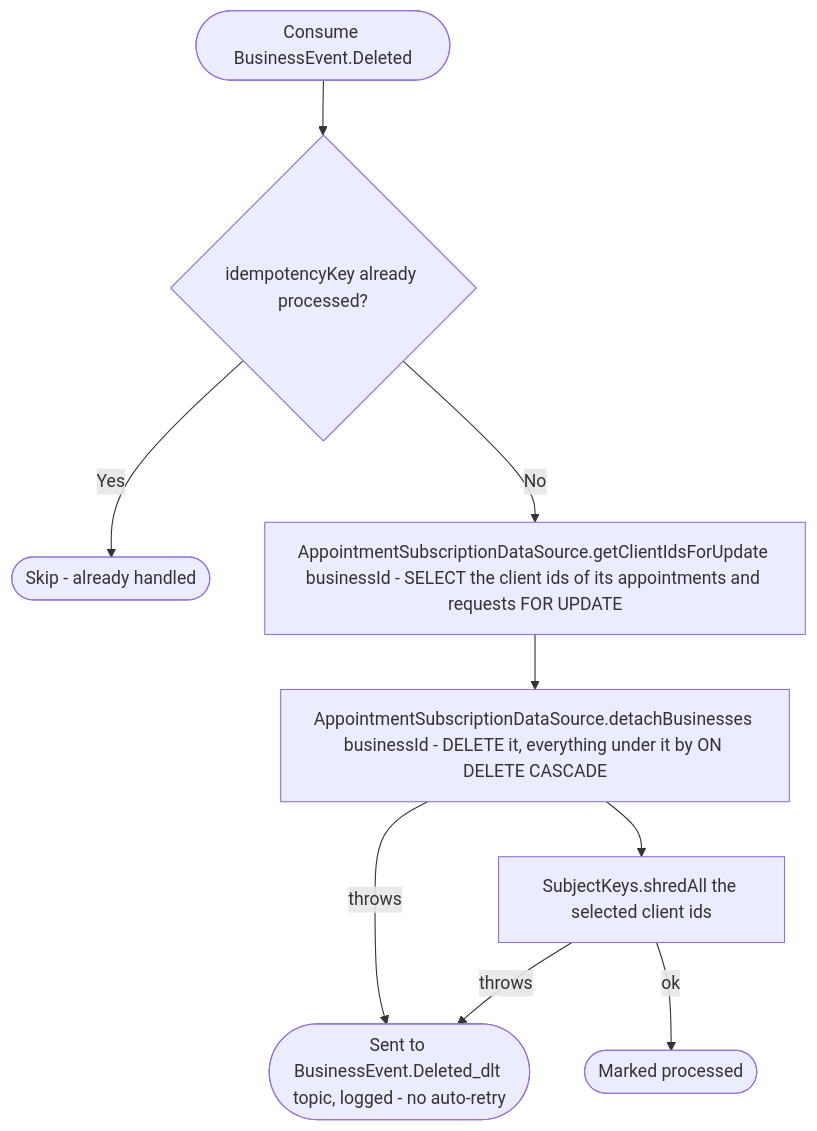
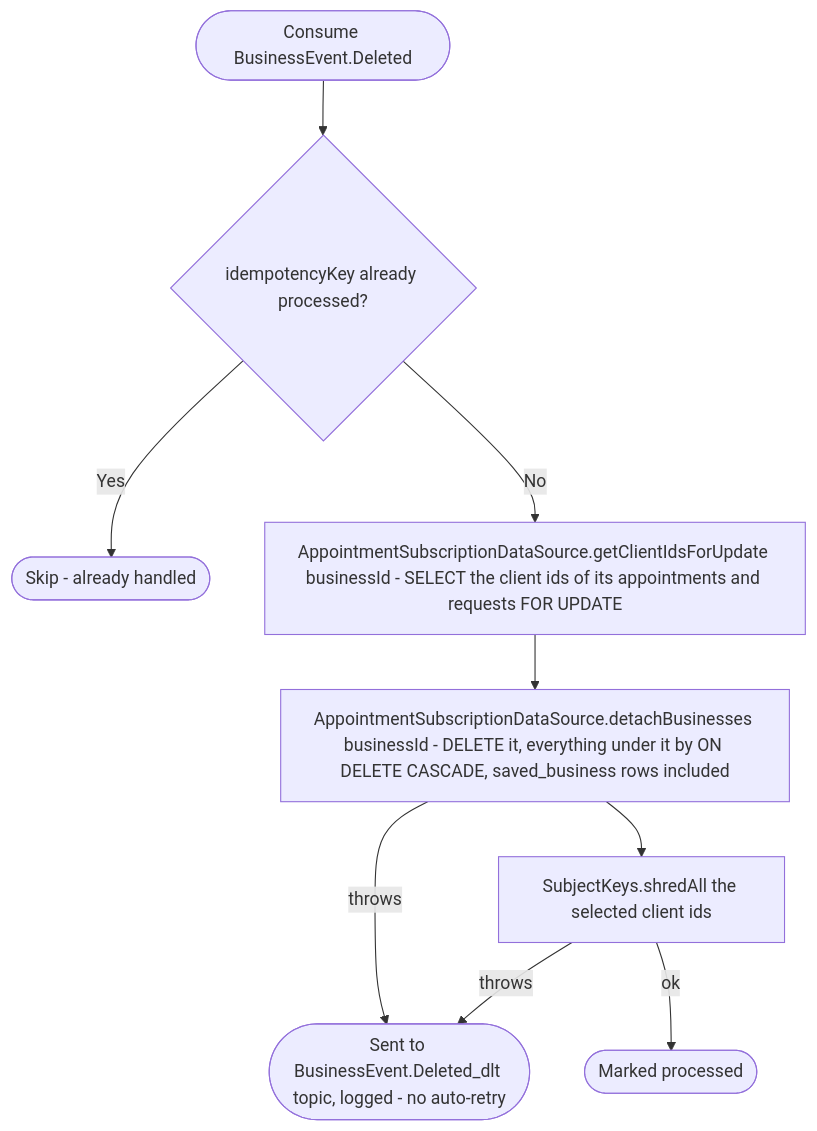
The diagram in docs/operations/appointments/on-business-deleted.md (nocturneproperties/bookkme), drawn with Mermaid before and after one commit. The commit also changed 89 other files, not shown here.

````diff
--- a/docs/operations/appointments/on-business-deleted.md
+++ b/docs/operations/appointments/on-business-deleted.md
@@ -18,11 +18,11 @@
 ```mermaid
 flowchart TD
     Start([Consume BusinessEvent.Deleted]) --> Dedup{idempotencyKey already processed?}
     Dedup -- Yes --> Skip([Skip - already handled])
     Dedup -- No --> Select["AppointmentSubscriptionDataSource.getClientIdsForUpdate businessId - SELECT the client ids of its appointments and requests FOR UPDATE"]
-    Select --> Detach["AppointmentSubscriptionDataSource.detachBusinesses businessId - DELETE it, everything under it by ON DELETE CASCADE"]
+    Select --> Detach["AppointmentSubscriptionDataSource.detachBusinesses businessId - DELETE it, everything under it by ON DELETE CASCADE, saved_business rows included"]
     Detach --> Shred["SubjectKeys.shredAll the selected client ids"]
     Detach -- throws --> Dlt([Sent to BusinessEvent.Deleted_dlt topic, logged - no auto-retry])
     Shred -- throws --> Dlt
     Shred -- ok --> Ack([Marked processed])
 ```
````
